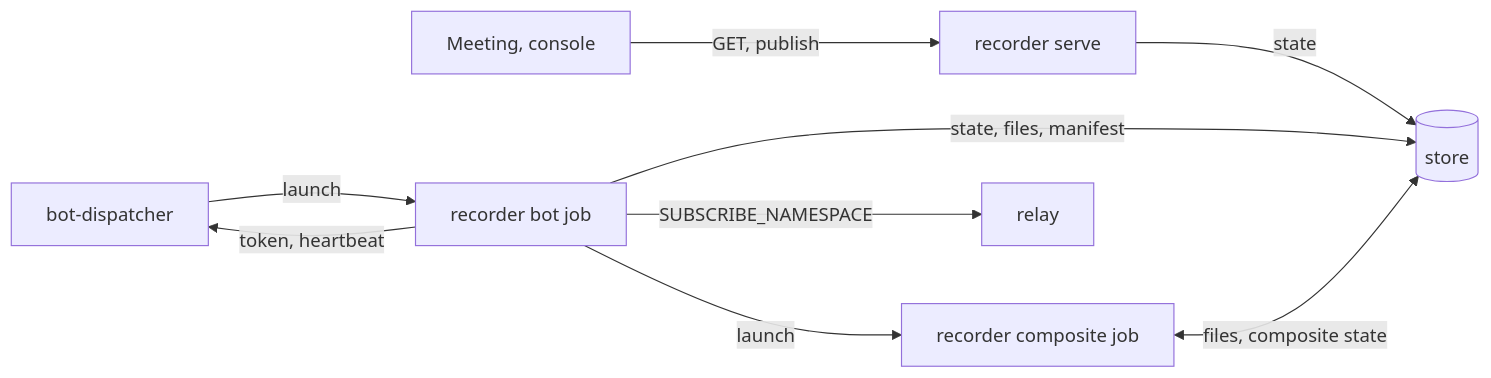
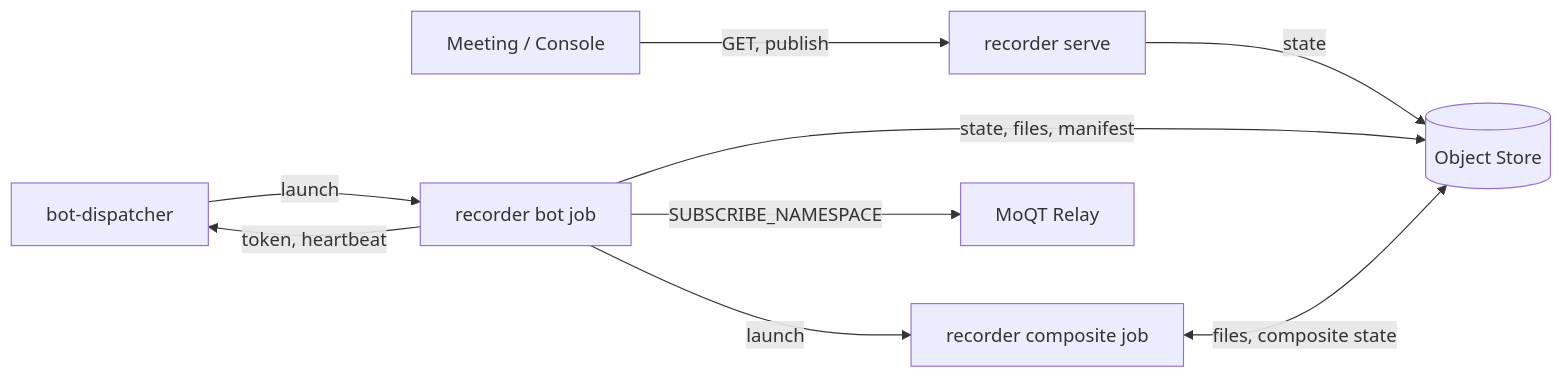
One commit to nttcom/moq-wasm changed the second of 2 diagrams in docs/architecture/recorder/architecture.md. Above: the diagram before and after it, drawn with Mermaid. The commit also changed other lines of this file and 99 other files, not shown here.

Commit message:
docs(architecture): simplify architecture docs for readability (#2021)

````diff
--- a/docs/architecture/recorder/architecture.md
+++ b/docs/architecture/recorder/architecture.md
@@ -303,11 +63,11 @@
 ```mermaid
 flowchart LR
-  dispatcher[bot-dispatcher] -->|launch| record[recorder bot job]
+  dispatcher["bot-dispatcher"] -->|launch| record["recorder bot job"]
   record -->|token, heartbeat| dispatcher
-  record -->|launch| composite[recorder composite job]
-  meeting[Meeting, console] -->|GET, publish| api[recorder serve]
-  api -->|state| store[(store)]
+  record -->|launch| composite["recorder composite job"]
+  meeting["Meeting / Console"] -->|GET, publish| api["recorder serve"]
+  api -->|state| store[("Object Store")]
   record -->|state, files, manifest| store
   composite <-->|files, composite state| store
-  record -->|SUBSCRIBE_NAMESPACE| relay[relay]
+  record -->|SUBSCRIBE_NAMESPACE| relay["MoQT Relay"]
 ```
````
